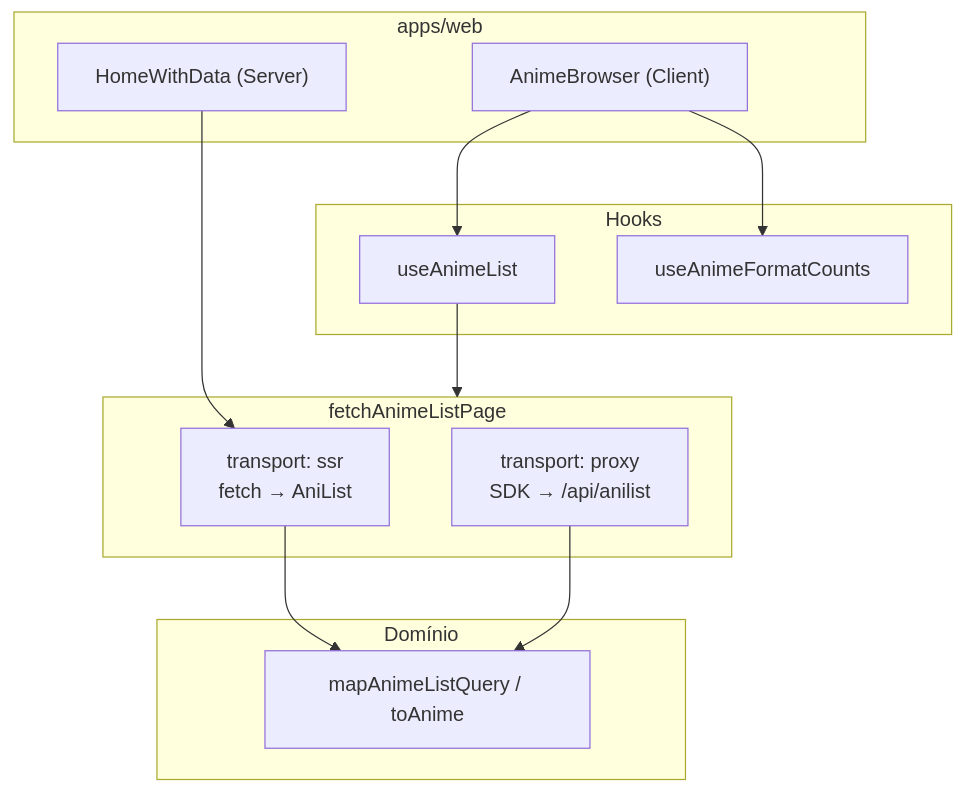
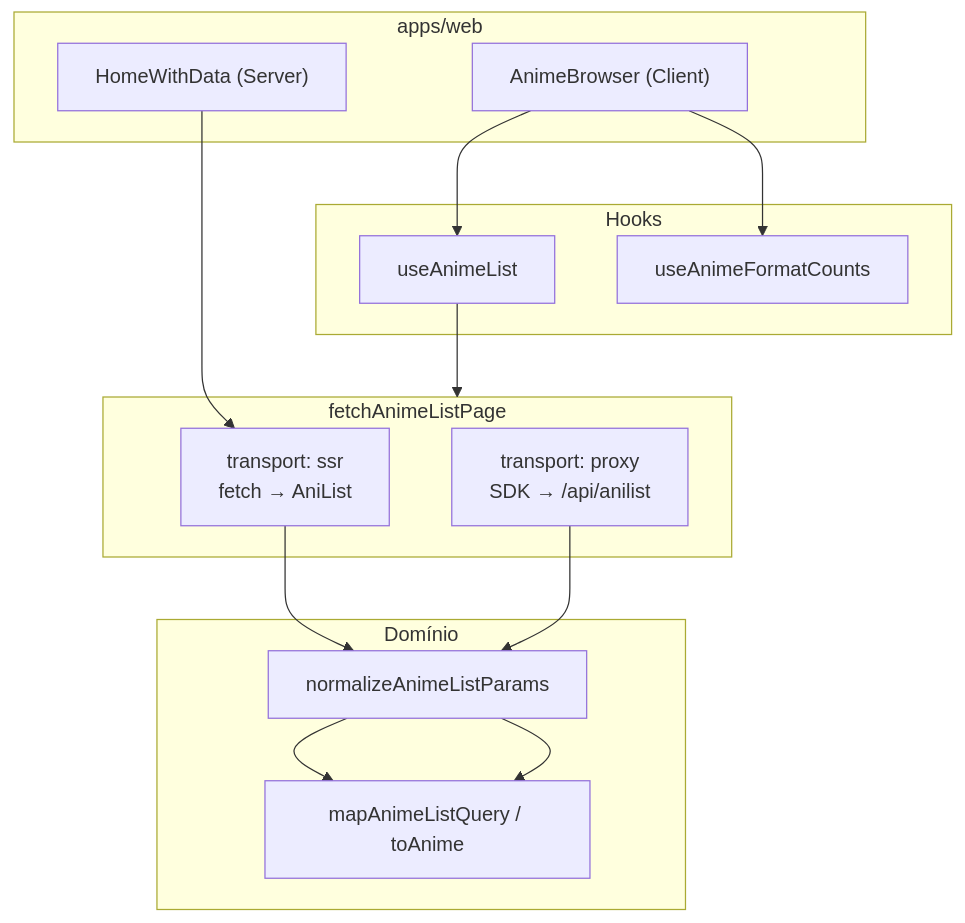
Before and after one commit to danilolpa/buscanime: the diagram in libs/anime/data-access/README.md, drawn with Mermaid. The commit also changed other lines of this file and 14 other files, not shown here.

````diff
--- a/libs/anime/data-access/README.md
+++ b/libs/anime/data-access/README.md
@@ -17,28 +27,29 @@
 ```mermaid
 flowchart TB
   subgraph app ["apps/web"]
     SSR["HomeWithData (Server)"]
     UI["AnimeBrowser (Client)"]
   end
 
   subgraph hooks ["Hooks"]
     useList["useAnimeList"]
     useCounts["useAnimeFormatCounts"]
   end
 
   subgraph fetch ["fetchAnimeListPage"]
     ssr["transport: ssr\nfetch → AniList"]
     proxy["transport: proxy\nSDK → /api/anilist"]
   end
 
   subgraph domain ["Domínio"]
+    norm["normalizeAnimeListParams"]
     map["mapAnimeListQuery / toAnime"]
   end
 
   SSR --> ssr
   UI --> useList
   UI --> useCounts
   useList --> fetch
-  ssr --> map
-  proxy --> map
+  ssr --> norm --> map
+  proxy --> norm --> map
 ```
````
